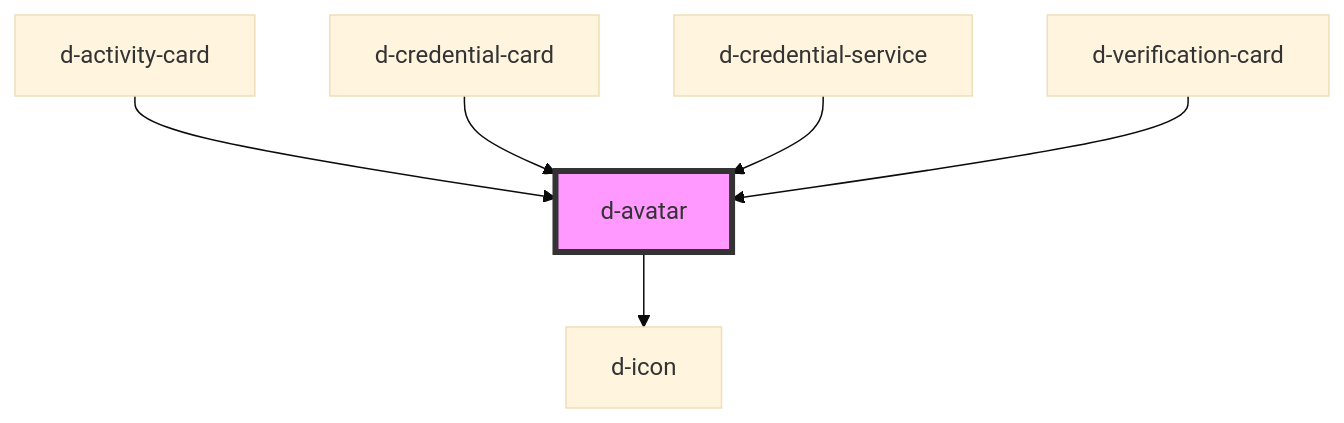
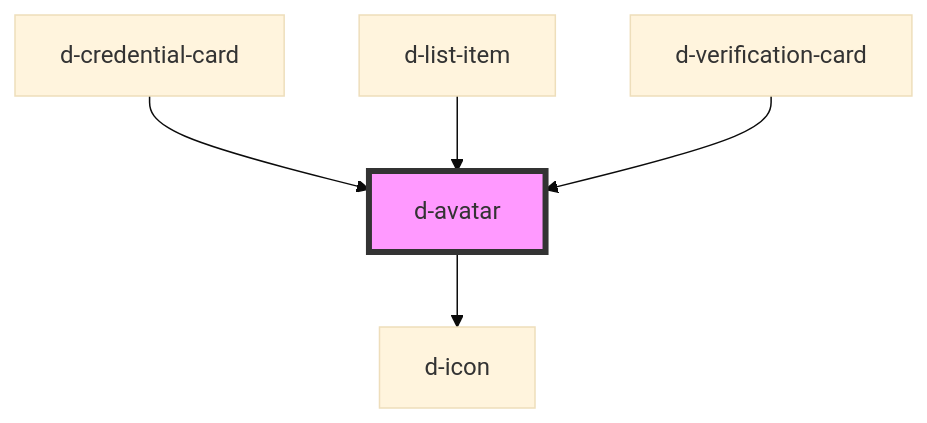
The diagram in src/components/avatar/readme.md (ForkbombEu/didroom-components), drawn with Mermaid (base theme) before and after one commit. The commit also changed other lines of this file and 22 other files, not shown here.

````diff
--- a/src/components/avatar/readme.md
+++ b/src/components/avatar/readme.md
@@ -32,9 +31,8 @@
 ```mermaid
 graph TD;
   d-avatar --> d-icon
-  d-activity-card --> d-avatar
   d-credential-card --> d-avatar
-  d-credential-service --> d-avatar
+  d-list-item --> d-avatar
   d-verification-card --> d-avatar
   style d-avatar fill:#f9f,stroke:#333,stroke-width:4px
 ```
````
